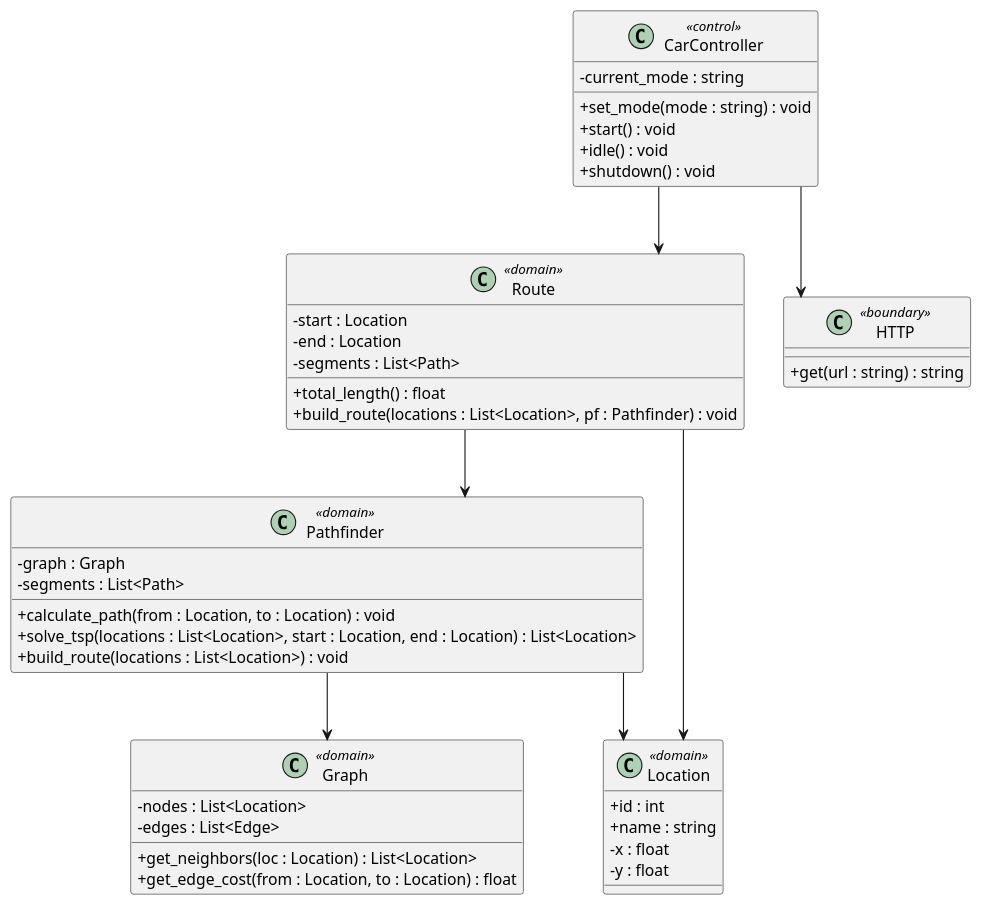
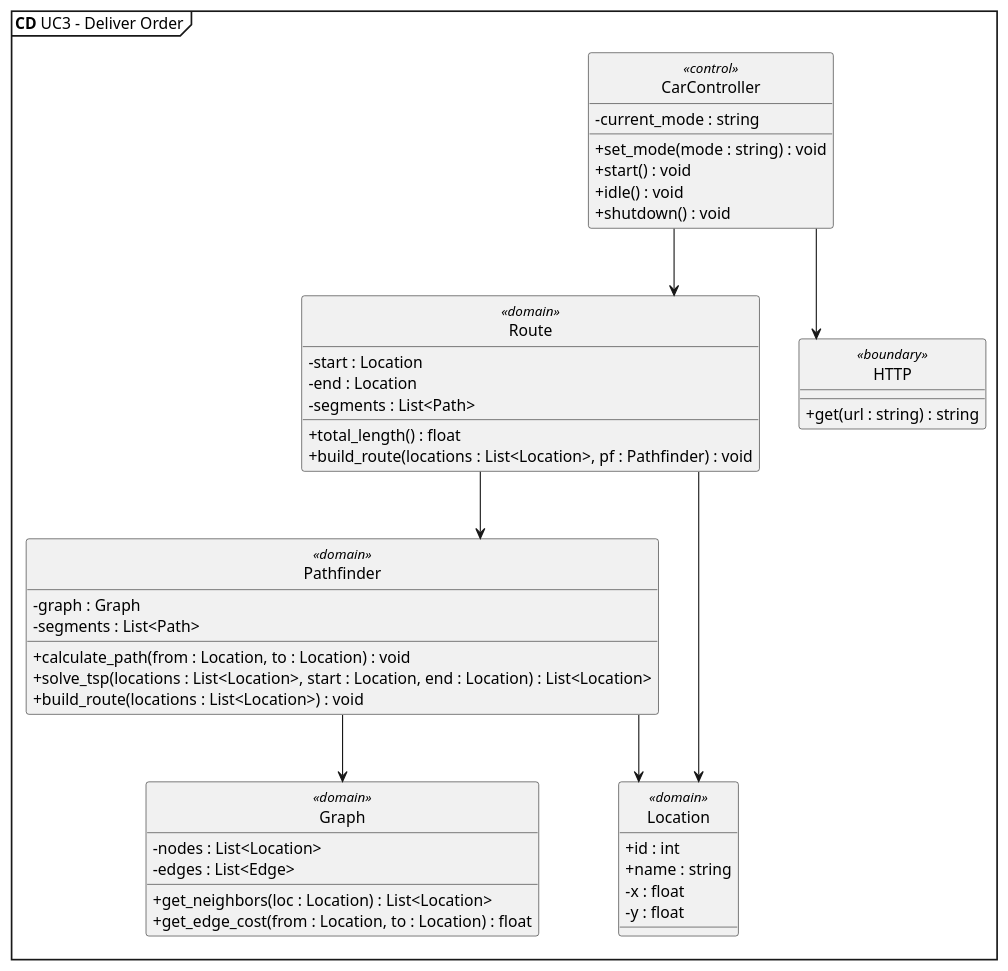
Before and after one commit to lineklemensen/PRJ3: the diagram in docs/diagrams/Plantuml/apModel/uc3cd.puml, drawn with PlantUML. The commit also changed 4 other files, not shown here.

```diff
--- a/docs/diagrams/Plantuml/apModel/uc3cd.puml
+++ b/docs/diagrams/Plantuml/apModel/uc3cd.puml
@@ -1,69 +1,72 @@
-@startuml UC3Classes
+@startuml CD UC3 - Deliver Order
 
+mainframe **CD** UC3 - Deliver Order
+
+hide circle
 skinparam {
     packageStyle rectangle
     Linetype ortho
     ClassAttributeIconSize 0
 }
 
 '----------------------------
 ' CAR SIDE
 '----------------------------
 
 class "CarController" as cc <<control>> {
     -current_mode : string
     +set_mode(mode : string) : void
     +start() : void
     +idle() : void
     +shutdown() : void
 }
 
 class "Route" as r <<domain>> {
     -start : Location
     -end : Location
     -segments : List<Path>
     +total_length() : float
     +build_route(locations : List<Location>, pf : Pathfinder) : void
 }
 
 class "Pathfinder" as pf <<domain>> {
     -graph : Graph
     -segments : List<Path>
     +calculate_path(from : Location, to : Location) : void
     +solve_tsp(locations : List<Location>, start : Location, end : Location) : List<Location>
     +build_route(locations : List<Location>) : void
 }
 
 class "Graph" as g <<domain>> {
     -nodes : List<Location>
     -edges : List<Edge>
     +get_neighbors(loc : Location) : List<Location>
     +get_edge_cost(from : Location, to : Location) : float
 }
 
 class "Location" as l <<domain>> {
     +id : int
     +name : string
     -x : float
     -y : float
 }
 
 class "HTTP" as car_http <<boundary>> {
     +get(url : string) : string
 }
 
 
 '----------------------------
 ' RELATIONSHIPS
 '----------------------------
 
 cc --> r
 r --> pf
 pf --> g
 r --> l
 pf --> l
 cc --> car_http
 
 
 
 @enduml
```
